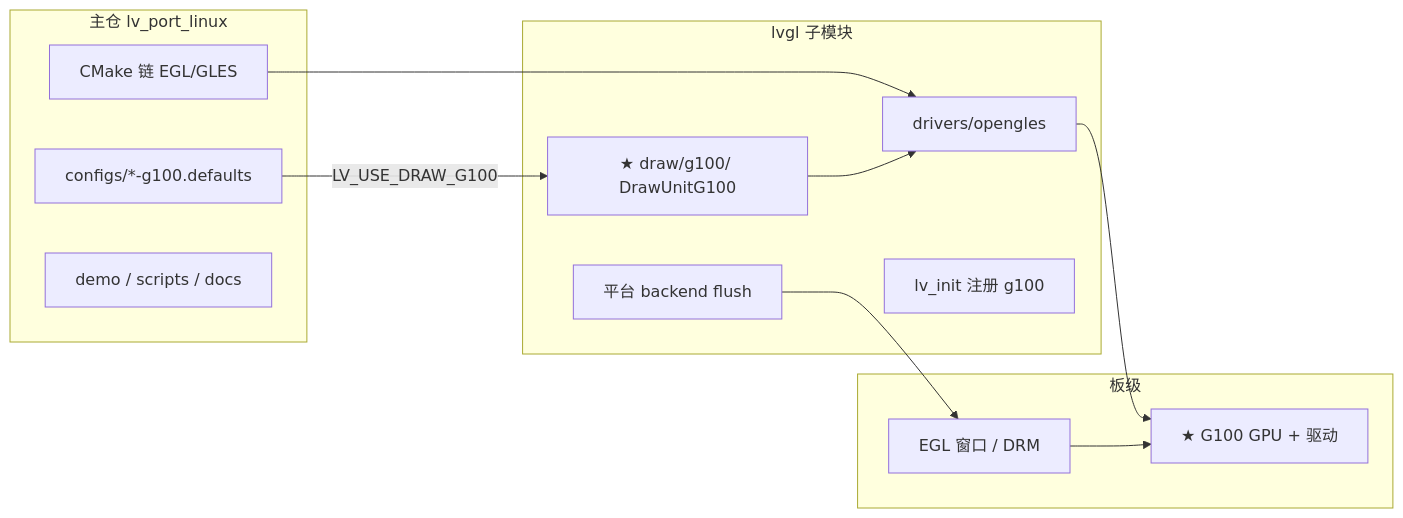
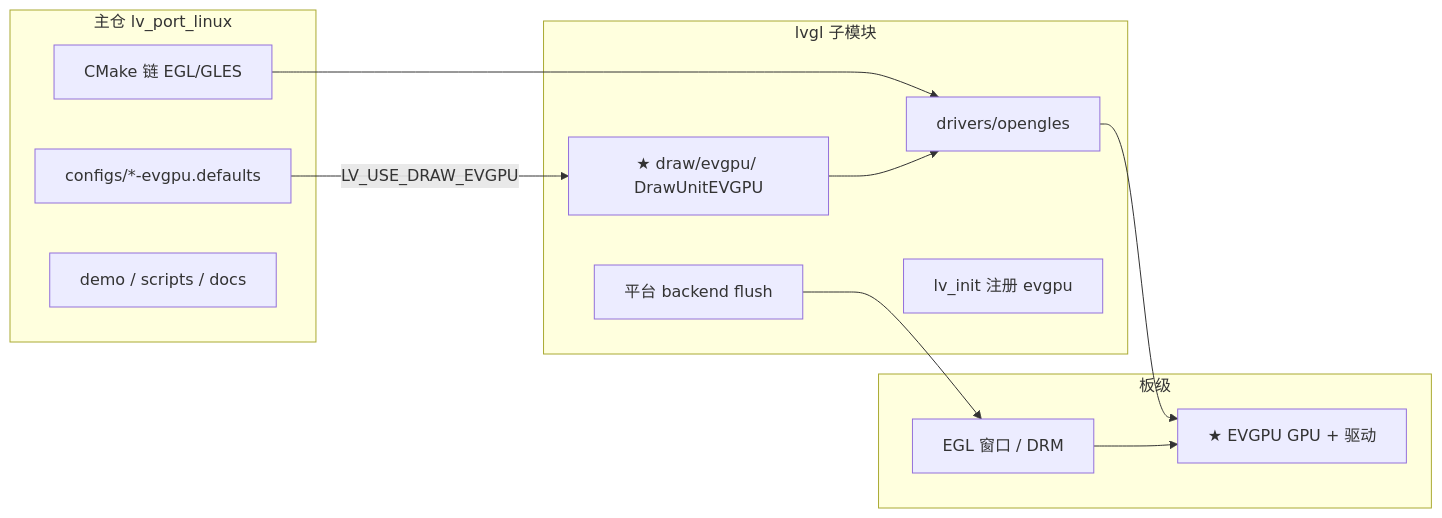
The fifth of 9 diagrams in docs/opengles2_gpu_integration_guide.md (ganzhong007/lv_port_linux), drawn with Mermaid before and after one commit. The commit also changed other lines of this file and 13 other files, not shown here.

First line of the commit message:
refactor(evgpu): rename G100 docs/configs/scripts to EVGPU

````diff
--- a/docs/opengles2_gpu_integration_guide.md
+++ b/docs/opengles2_gpu_integration_guide.md
@@ -199,25 +199,25 @@
 ```mermaid
 flowchart LR
     subgraph MAIN["主仓 lv_port_linux"]
-        M1["configs/*-g100.defaults"]
+        M1["configs/*-evgpu.defaults"]
         M2["CMake 链 EGL/GLES"]
         M3["demo / scripts / docs"]
     end
 
     subgraph SUB["lvgl 子模块"]
-        S1["★ draw/g100/ DrawUnitG100"]
+        S1["★ draw/evgpu/ DrawUnitEVGPU"]
         S2["drivers/opengles"]
         S3["平台 backend flush"]
-        S4["lv_init 注册 g100"]
+        S4["lv_init 注册 evgpu"]
     end
 
     subgraph HW["板级"]
-        H1["★ G100 GPU + 驱动"]
+        H1["★ EVGPU GPU + 驱动"]
         H2["EGL 窗口 / DRM"]
     end
 
-    M1 -->|LV_USE_DRAW_G100| S1
+    M1 -->|LV_USE_DRAW_EVGPU| S1
     M2 --> S2
     S1 --> S2 --> H1
     S3 --> H2 --> H1
 ```
````
